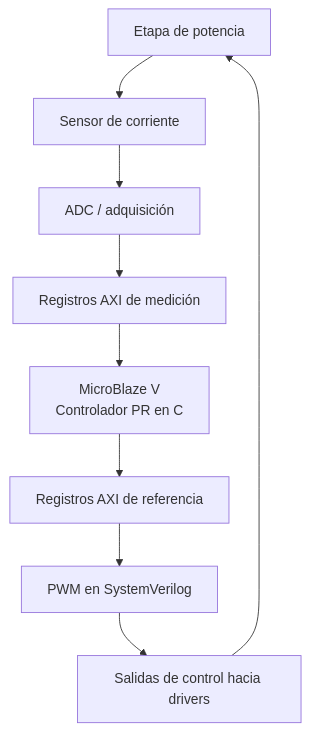
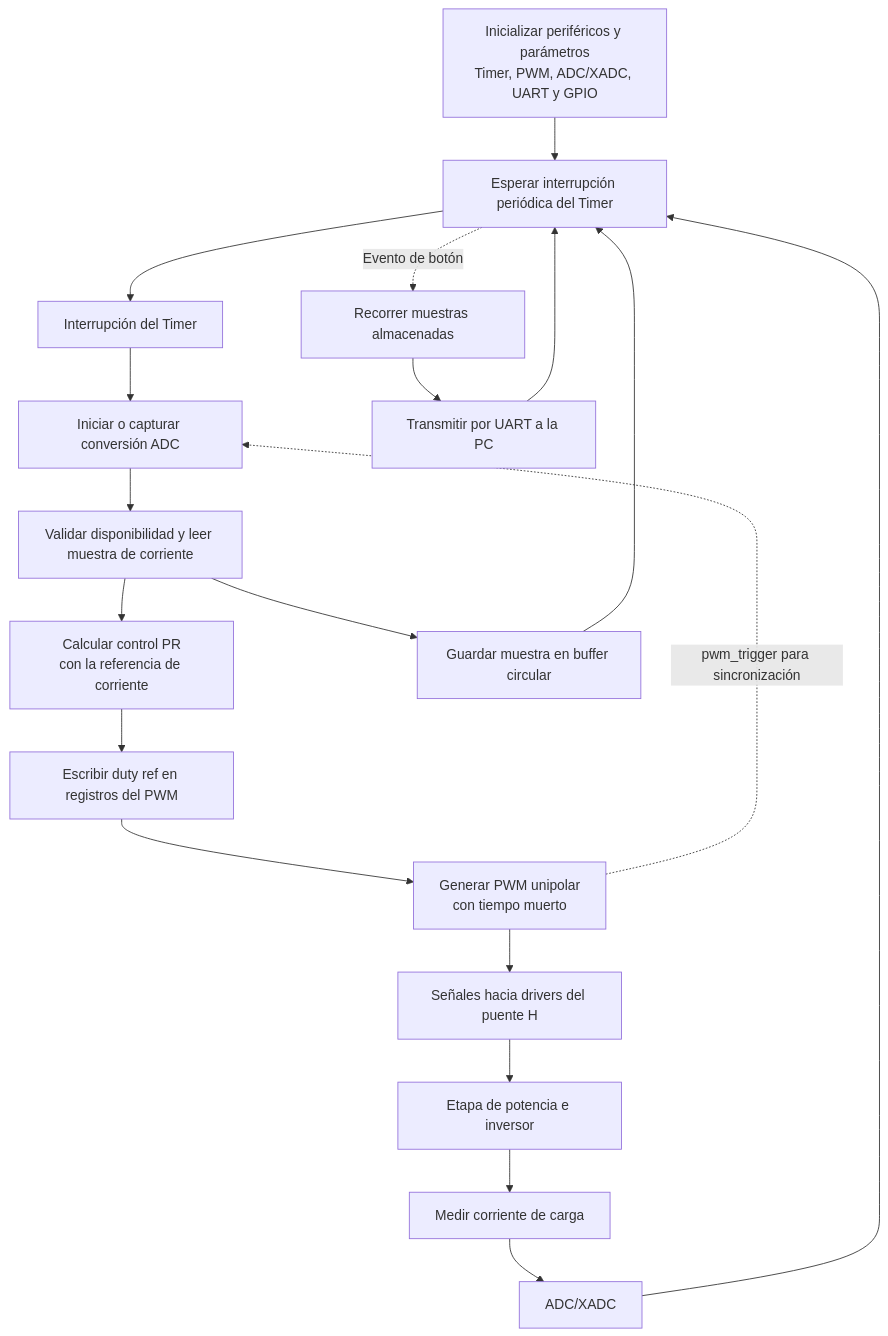
Before and after one commit to ee-herrerar/EL3313-Proyecto-4: the first of 3 diagrams in docs/diseno/diseno.md, drawn with Mermaid. The commit also changed other lines of this file, not shown here.

````diff
--- a/docs/diseno/diseno.md
+++ b/docs/diseno/diseno.md
@@ -96,11 +101,21 @@
 ```mermaid
 flowchart TD
-    A["Etapa de potencia"] --> B["Sensor de corriente"]
-    B --> C["ADC / adquisición"]
-    C --> D["Registros AXI de medición"]
-    D --> E["MicroBlaze V\nControlador PR en C"]
-    E --> F["Registros AXI de referencia"]
-    F --> G["PWM en SystemVerilog"]
-    G --> H["Salidas de control hacia drivers"]
-    H --> A
+    I["Inicializar periféricos y parámetros<br/>Timer, PWM, ADC/XADC, UART y GPIO"] --> W["Esperar interrupción periódica del Timer"]
+    W --> T["Interrupción del Timer"]
+    T --> A["Iniciar o capturar conversión ADC"]
+    A --> M["Validar disponibilidad y leer muestra de corriente"]
+    M --> C["Calcular control PR<br/>con la referencia de corriente"]
+    C --> R["Escribir duty ref en registros del PWM"]
+    R --> P["Generar PWM unipolar<br/>con tiempo muerto"]
+    P --> D["Señales hacia drivers del puente H"]
+    D --> H["Etapa de potencia e inversor"]
+    H --> S["Medir corriente de carga"]
+    S --> X["ADC/XADC"]
+    X --> W
+    M --> B["Guardar muestra en buffer circular"]
+    B --> W
+    W -. "Evento de botón" .-> E["Recorrer muestras almacenadas"]
+    E --> U["Transmitir por UART a la PC"]
+    U --> W
+    P -.->|pwm_trigger para sincronización| A
 ```
````
